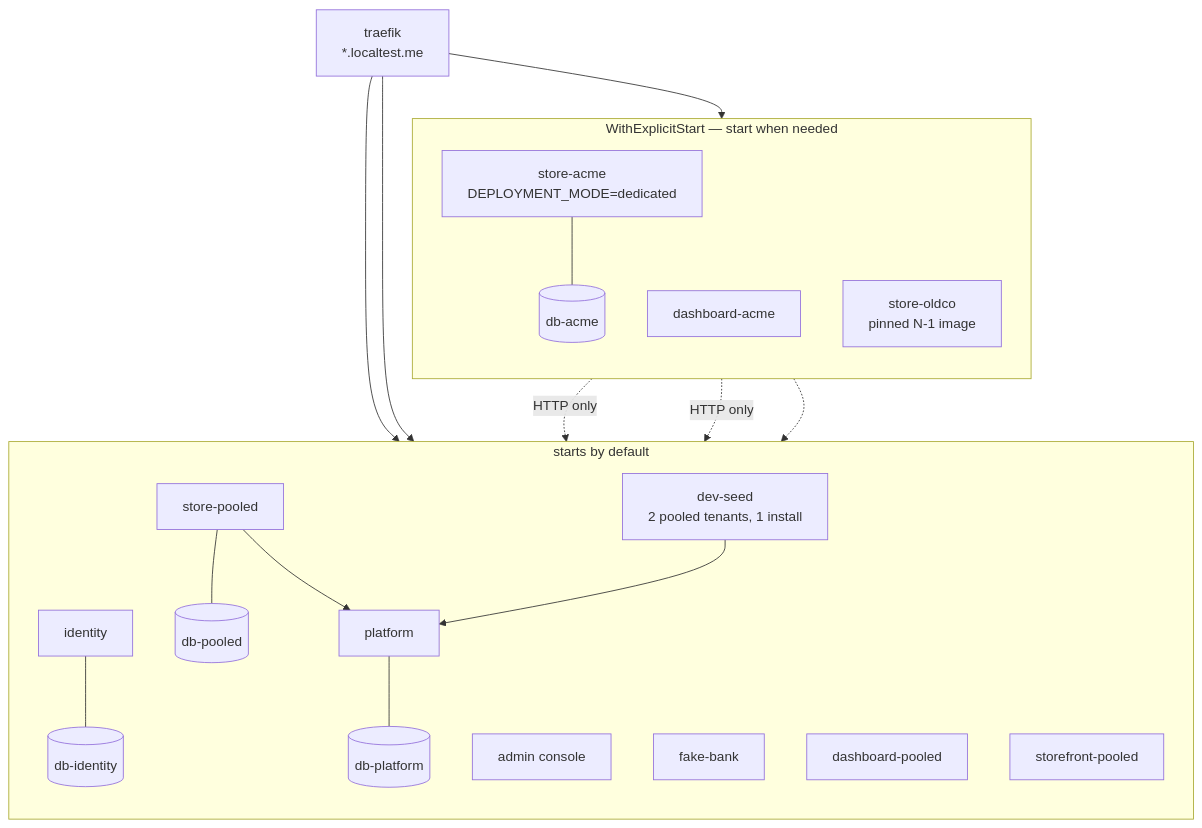
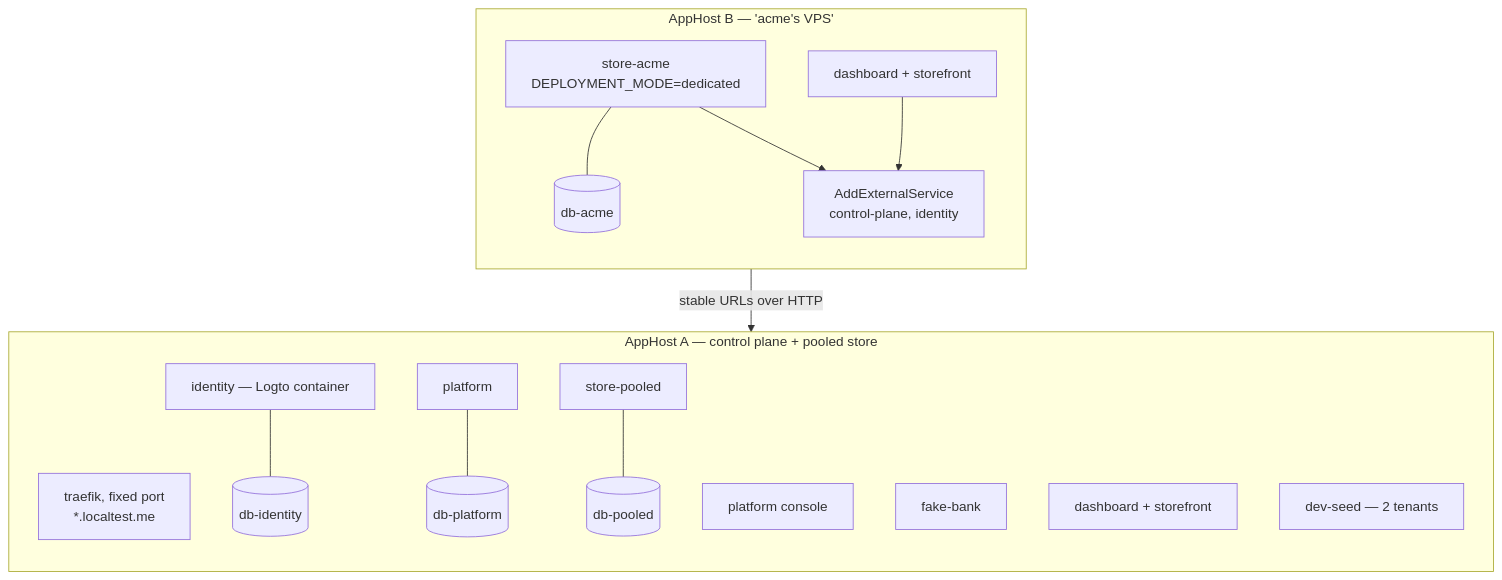
Before and after one commit to erkantaylan/mercatus: diagram 11 of 12 in docs/architecture.md, drawn with Mermaid. The commit also changed other lines of this file and 2 other files, not shown here.

First line of the commit message:
docs: settle the sizing pass -- Fastify, two AppHosts, licence states

````diff
--- a/docs/architecture.md
+++ b/docs/architecture.md
@@ -422,40 +423,33 @@
 ```mermaid
-flowchart TD
-    subgraph always["starts by default"]
+flowchart TB
+    subgraph A["AppHost A — control plane + pooled store"]
         direction TB
-        idp["identity"]
+        edge["traefik, fixed port<br/>*.localtest.me"]
+        idp["identity — Logto container"]
         idpdb[("db-identity")]
         pf["platform"]
         pfdb[("db-platform")]
-        adm["admin console"]
+        adm["platform console"]
         bank["fake-bank"]
         papi["store-pooled"]
         pdb[("db-pooled")]
-        pdash["dashboard-pooled"]
-        pfront["storefront-pooled"]
-        seed["dev-seed<br/>2 pooled tenants, 1 install"]
+        pweb["dashboard + storefront"]
+        seed["dev-seed — 2 tenants"]
     end
 
-    subgraph explicit["WithExplicitStart — start when needed"]
+    subgraph B["AppHost B — 'acme's VPS'"]
         direction TB
+        ext["AddExternalService<br/>control-plane, identity"]
         dapi["store-acme<br/>DEPLOYMENT_MODE=dedicated"]
         ddb[("db-acme")]
-        ddash["dashboard-acme"]
-        old["store-oldco<br/>pinned N-1 image"]
+        dweb["dashboard + storefront"]
     end
-
-    edge["traefik<br/>*.localtest.me"]
 
     idp --- idpdb
     pf --- pfdb
     papi --- pdb
     dapi --- ddb
-    edge --> pfront
-    edge --> pdash
-    edge --> ddash
-    papi --> pf
-    dapi -.->|"HTTP only"| pf
-    dapi -.->|"HTTP only"| idp
-    old -.-> pf
-    seed --> pf
+    dapi --> ext
+    dweb --> ext
+    ext -->|"stable URLs over HTTP"| edge
 ```
````
